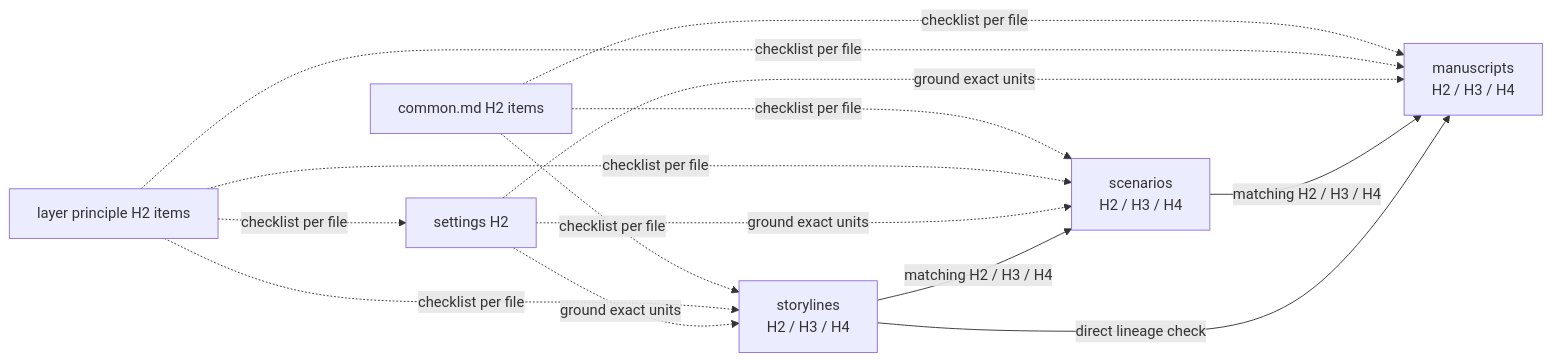
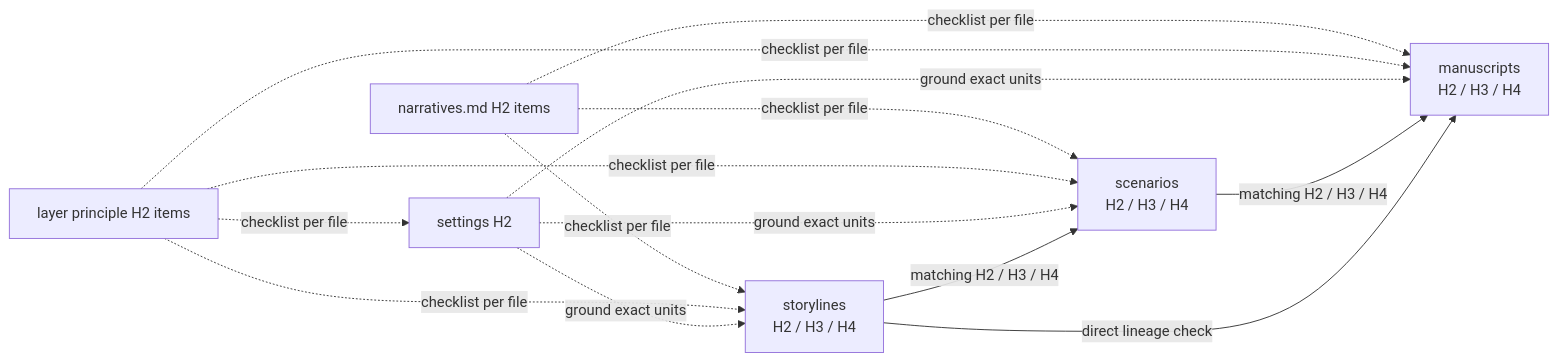
One commit to samchon/novels changed the diagram in .agents/skills/novel/SKILL.md. Above: the diagram before and after it, drawn with Mermaid. The commit also changed other lines of this file and 13 other files, not shown here.

First line of the commit message:
Refuse principle exclusions and rename the shared checklist to narratives.md

````diff
--- a/.agents/skills/novel/SKILL.md
+++ b/.agents/skills/novel/SKILL.md
@@ -10,16 +10,16 @@
 ```mermaid
 flowchart LR
-  PC["common.md H2 items"] -. "checklist per file" .-> T["storylines<br/>H2 / H3 / H4"]
+  PC["narratives.md H2 items"] -. "checklist per file" .-> T["storylines<br/>H2 / H3 / H4"]
   PC -. "checklist per file" .-> S["scenarios<br/>H2 / H3 / H4"]
   PC -. "checklist per file" .-> M["manuscripts<br/>H2 / H3 / H4"]
   PL["layer principle H2 items"] -. "checklist per file" .-> F["settings H2"]
   PL -. "checklist per file" .-> T
   PL -. "checklist per file" .-> S
   PL -. "checklist per file" .-> M
   F -. "ground exact units" .-> T
   F -. "ground exact units" .-> S
   F -. "ground exact units" .-> M
   T -->|"matching H2 / H3 / H4"| S
   S -->|"matching H2 / H3 / H4"| M
   T -->|"direct lineage check"| M
 ```
````
